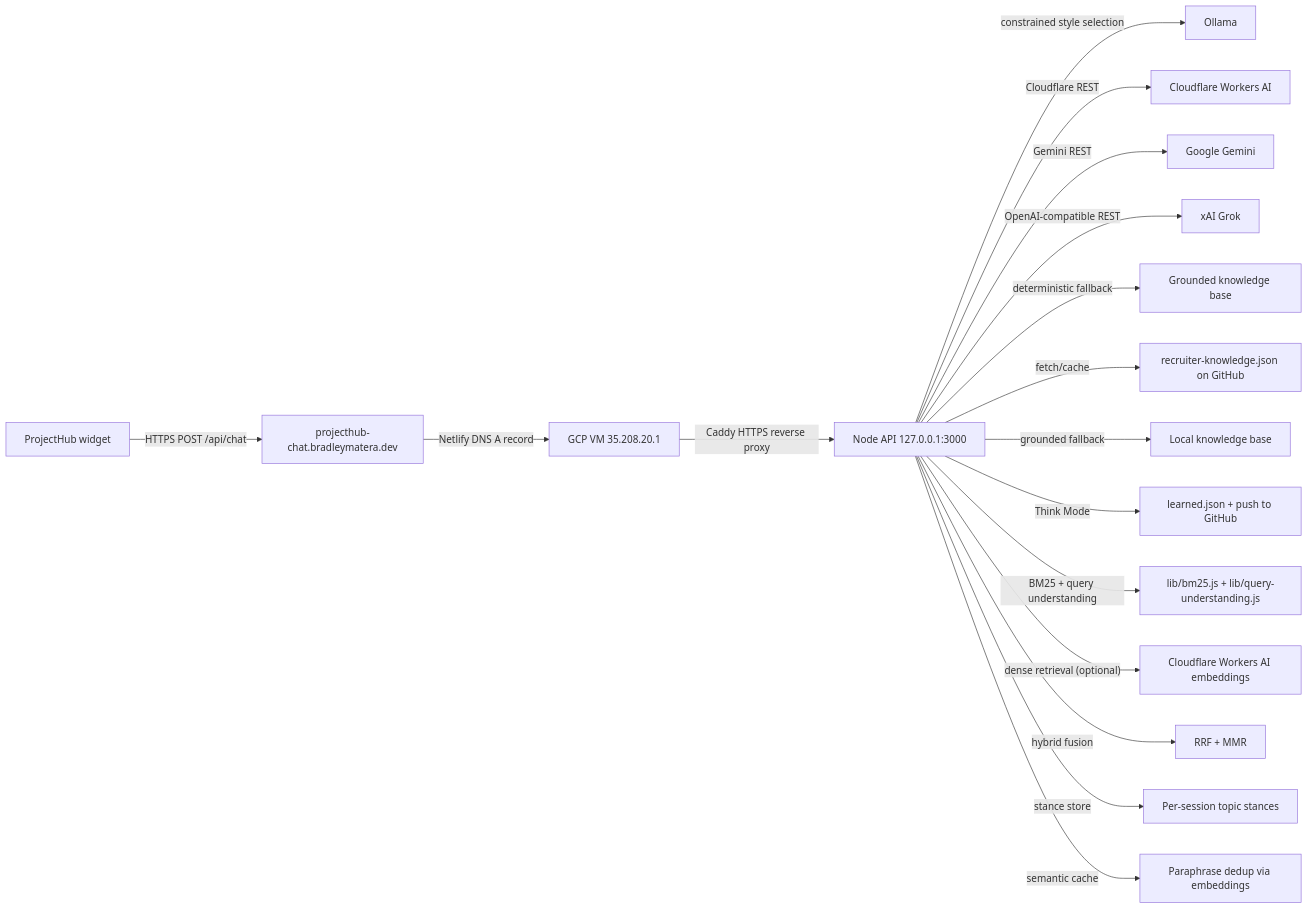
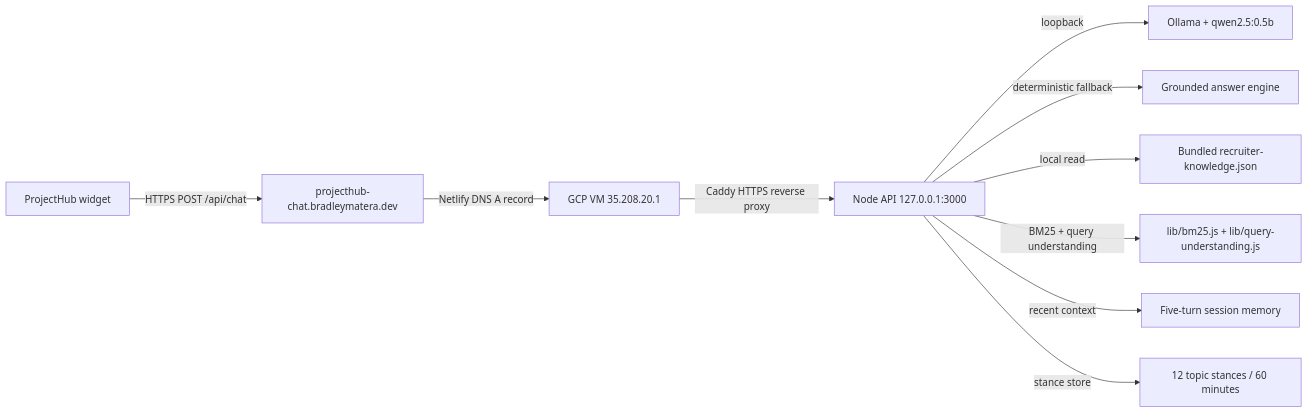
The diagram in docs/backend-guide.md (BradleyMatera/ProjectHub), drawn with Mermaid before and after one commit. The commit also changed other lines of this file and 22 other files, not shown here.

Commit message:
feat: run Scout on local-only Ollama

````diff
--- a/docs/backend-guide.md
+++ b/docs/backend-guide.md
@@ -30,19 +30,12 @@
 ```mermaid
 flowchart LR
   A[ProjectHub widget] -- HTTPS POST /api/chat --> B[projecthub-chat.bradleymatera.dev]
   B -- Netlify DNS A record --> C[GCP VM 35.208.20.1]
   C -- Caddy HTTPS reverse proxy --> D[Node API 127.0.0.1:3000]
-  D -- constrained style selection --> E1[Ollama]
-  D -- Cloudflare REST --> E2[Cloudflare Workers AI]
-  D -- Gemini REST --> E3[Google Gemini]
-  D -- OpenAI-compatible REST --> E4[xAI Grok]
-  D -- deterministic fallback --> E5[Grounded knowledge base]
-  D -- fetch/cache --> F[recruiter-knowledge.json on GitHub]
-  D -- grounded fallback --> G[Local knowledge base]
-  D -- Think Mode --> H[learned.json + push to GitHub]
+  D -- loopback --> E1[Ollama + qwen2.5:0.5b]
+  D -- deterministic fallback --> E5[Grounded answer engine]
+  D -- local read --> G[Bundled recruiter-knowledge.json]
   D -- BM25 + query understanding --> I[lib/bm25.js + lib/query-understanding.js]
-  D -- dense retrieval (optional) --> J[Cloudflare Workers AI embeddings]
-  D -- hybrid fusion --> K[RRF + MMR]
-  D -- stance store --> L[Per-session topic stances]
-  D -- semantic cache --> M[Paraphrase dedup via embeddings]
+  D -- recent context --> M[Five-turn session memory]
+  D -- stance store --> L[12 topic stances / 60 minutes]
 ```
````
